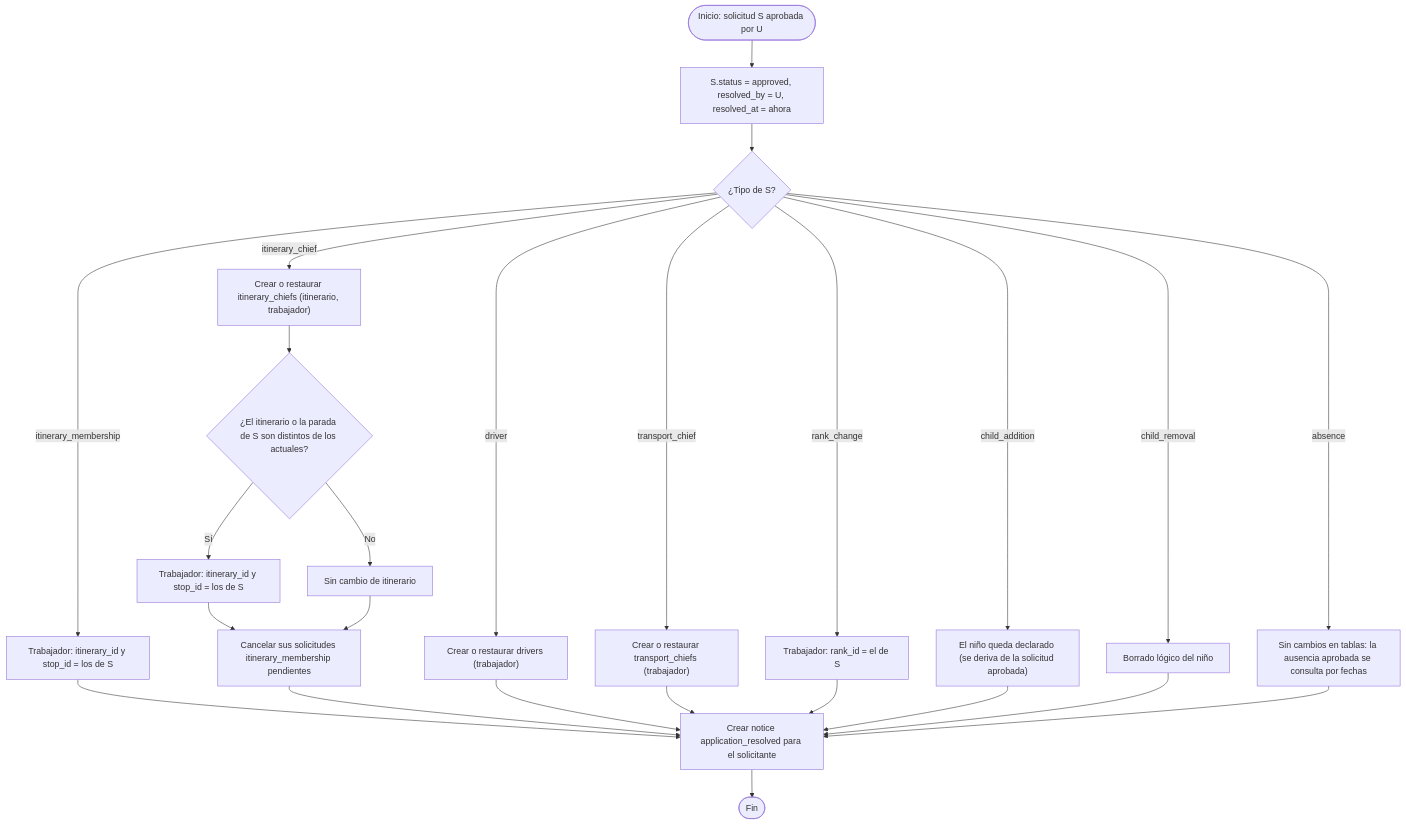
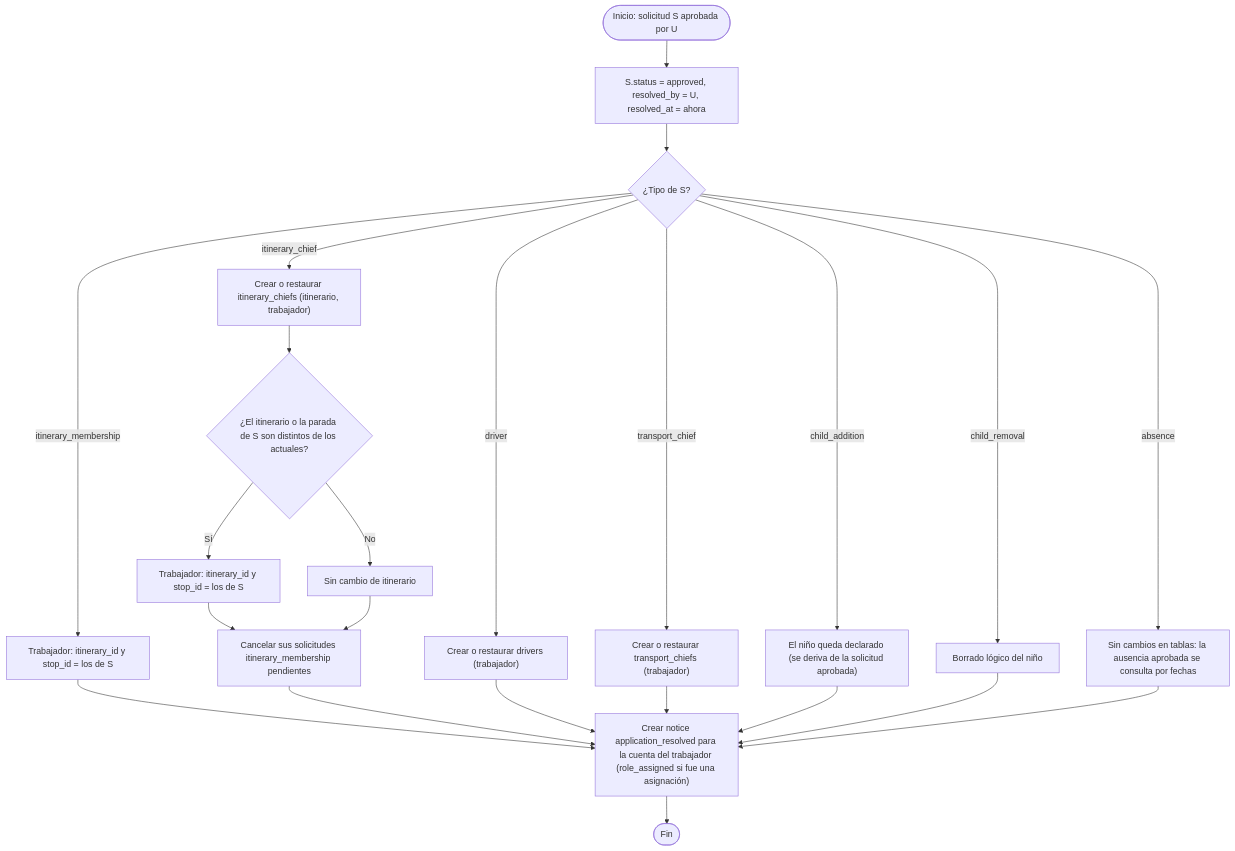
The seventh of 30 diagrams in docs/07-algoritmos.md (maicolalmaralestamayo/MiRuta), drawn with Mermaid before and after one commit. The commit also changed other lines of this file and 10 other files, not shown here.

````diff
--- a/docs/07-algoritmos.md
+++ b/docs/07-algoritmos.md
@@ -193,27 +188,25 @@
 ```mermaid
 flowchart TD
     A(["Inicio: solicitud S aprobada por U"]) --> B["S.status = approved, resolved_by = U, resolved_at = ahora"]
     B --> C{"¿Tipo de S?"}
     C -->|itinerary_membership| D["Trabajador: itinerary_id y stop_id = los de S"]
     C -->|itinerary_chief| E["Crear o restaurar itinerary_chiefs (itinerario, trabajador)"]
     E --> E2{"¿El itinerario o la parada de S son distintos de los actuales?"}
     E2 -->|Sí| E3["Trabajador: itinerary_id y stop_id = los de S"]
     E2 -->|No| E4["Sin cambio de itinerario"]
     E3 --> E5["Cancelar sus solicitudes itinerary_membership pendientes"]
     E4 --> E5
     C -->|driver| F["Crear o restaurar drivers (trabajador)"]
     C -->|transport_chief| G["Crear o restaurar transport_chiefs (trabajador)"]
-    C -->|rank_change| H["Trabajador: rank_id = el de S"]
     C -->|child_addition| I["El niño queda declarado (se deriva de la solicitud aprobada)"]
     C -->|child_removal| J["Borrado lógico del niño"]
     C -->|absence| K["Sin cambios en tablas: la ausencia aprobada se consulta por fechas"]
-    D --> N["Crear notice application_resolved para el solicitante"]
+    D --> N["Crear notice application_resolved para la cuenta del trabajador (role_assigned si fue una asignación)"]
     E5 --> N
     F --> N
     G --> N
-    H --> N
     I --> N
     J --> N
     K --> N
     N --> Z(["Fin"])
 ```
````
